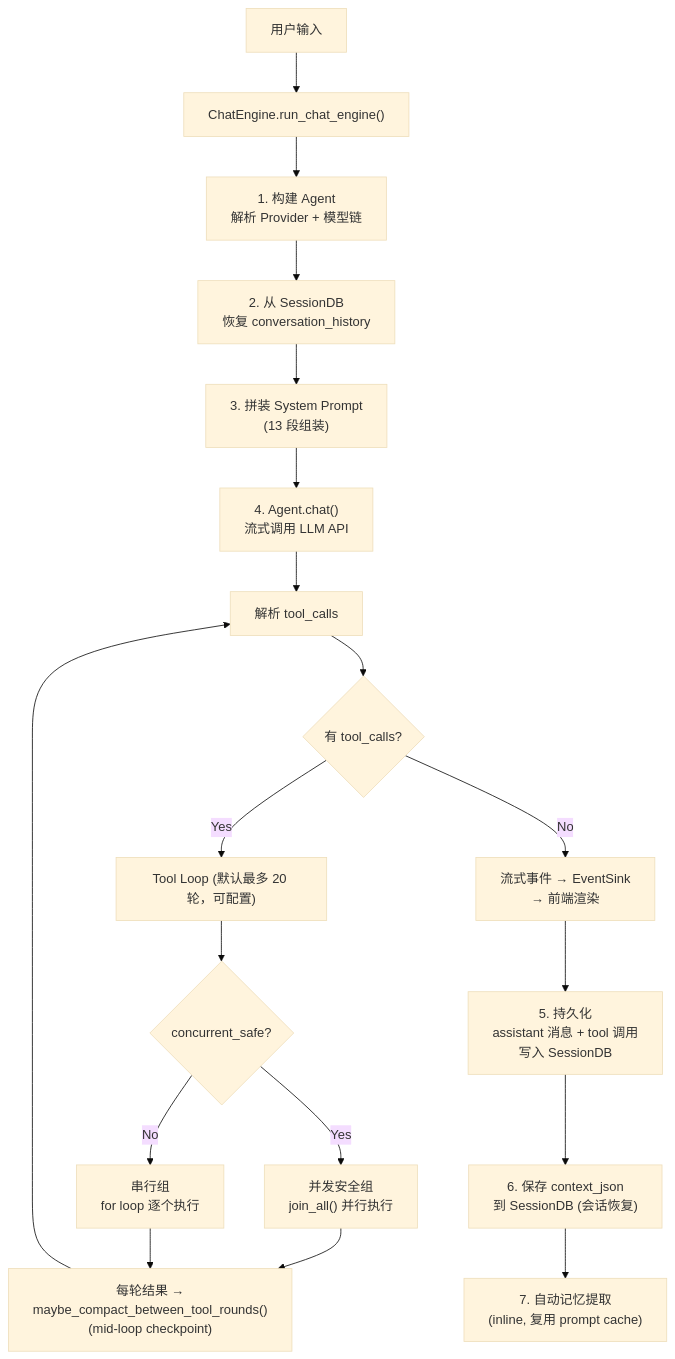
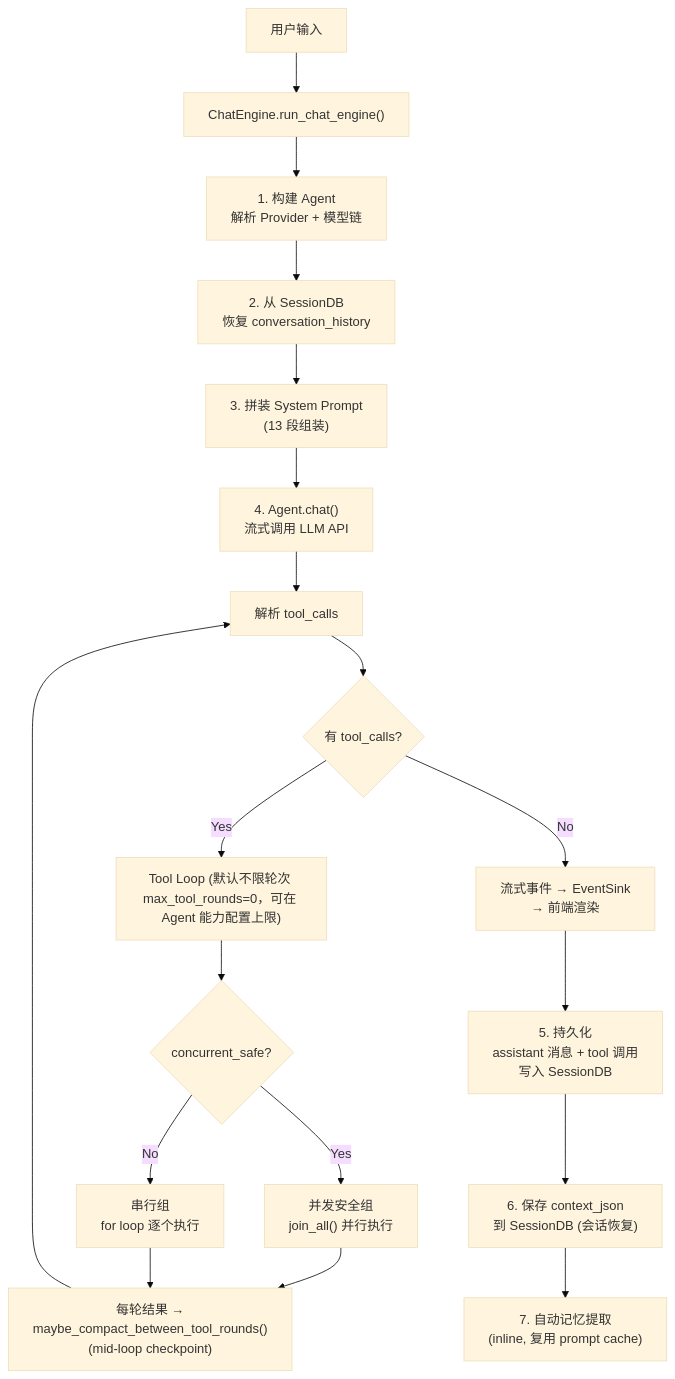
The second of 4 diagrams in docs/architecture/overview.md (shiwenwen/hope-agent), drawn with Mermaid (base theme) before and after one commit. The commit also changed other lines of this file and 38 other files, not shown here.

````diff
--- a/docs/architecture/overview.md
+++ b/docs/architecture/overview.md
@@ -86,24 +86,24 @@
 ```mermaid
 flowchart TD
     A["用户输入"] --> B["ChatEngine.run_chat_engine()"]
     B --> C["1. 构建 Agent<br/>解析 Provider + 模型链"]
     C --> D["2. 从 SessionDB<br/>恢复 conversation_history"]
     D --> E["3. 拼装 System Prompt<br/>(13 段组装)"]
     E --> F["4. Agent.chat()<br/>流式调用 LLM API"]
 
     F --> G["解析 tool_calls"]
     G --> H{"有 tool_calls?"}
-    H -- Yes --> I["Tool Loop (默认最多 20 轮，可配置)"]
+    H -- Yes --> I["Tool Loop (默认不限轮次 max_tool_rounds=0，可在 Agent 能力配置上限)"]
     I --> J{"concurrent_safe?"}
     J -- Yes --> K["并发安全组<br/>join_all() 并行执行"]
     J -- No --> L["串行组<br/>for loop 逐个执行"]
     K --> M["每轮结果 →<br/>maybe_compact_between_tool_rounds()<br/>(mid-loop checkpoint)"]
     L --> M
     M --> G
 
     H -- No --> N["流式事件 → EventSink<br/>→ 前端渲染"]
     N --> O["5. 持久化<br/>assistant 消息 + tool 调用<br/>写入 SessionDB"]
     O --> P["6. 保存 context_json<br/>到 SessionDB (会话恢复)"]
     P --> Q["7. 自动记忆提取<br/>(inline, 复用 prompt cache)"]
 
 ```
````
